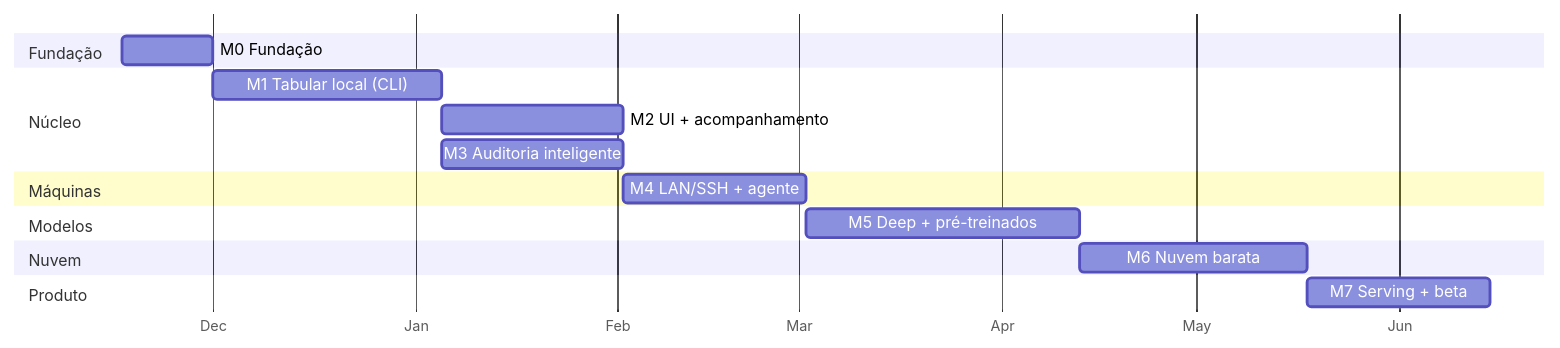
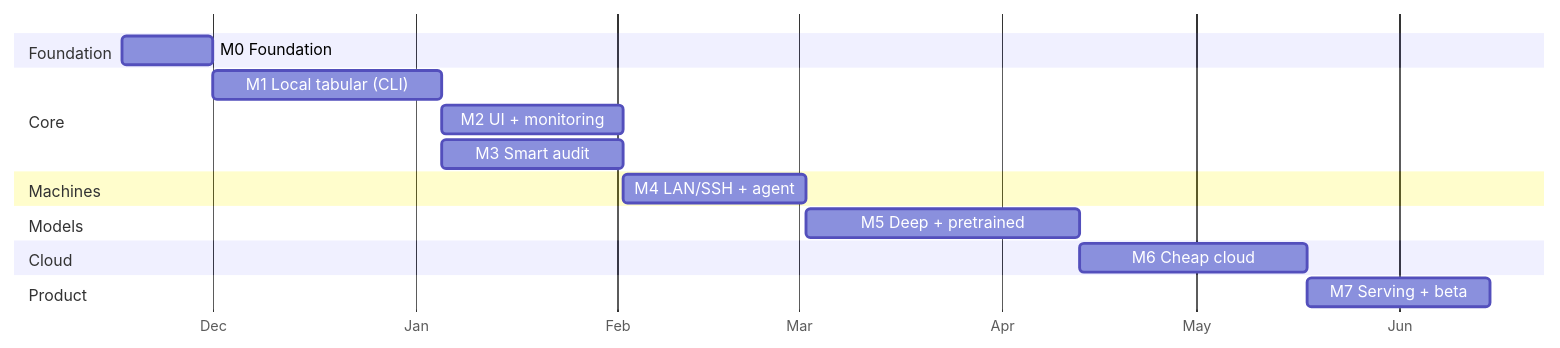
The diagram in docs/wiki/Roadmap.md (roanbrasil/tempera), drawn with Mermaid before and after one commit. The commit also changed other lines of this file and 42 other files, not shown here.

````diff
--- a/docs/wiki/Roadmap.md
+++ b/docs/wiki/Roadmap.md
@@ -5,19 +5,19 @@
 ```mermaid
 gantt
   dateFormat  YYYY-MM-DD
   axisFormat  %b
-  section Fundação
-  M0 Fundação                 :m0, 2026-11-17, 2w
-  section Núcleo
-  M1 Tabular local (CLI)      :m1, after m0, 5w
-  M2 UI + acompanhamento      :m2, after m1, 4w
-  M3 Auditoria inteligente    :m3, after m1, 4w
-  section Máquinas
-  M4 LAN/SSH + agente         :m4, after m2, 4w
-  section Modelos
-  M5 Deep + pré-treinados     :m5, after m4, 6w
-  section Nuvem
-  M6 Nuvem barata             :m6, after m5, 5w
-  section Produto
+  section Foundation
+  M0 Foundation               :m0, 2026-11-17, 2w
+  section Core
+  M1 Local tabular (CLI)      :m1, after m0, 5w
+  M2 UI + monitoring          :m2, after m1, 4w
+  M3 Smart audit              :m3, after m1, 4w
+  section Machines
+  M4 LAN/SSH + agent          :m4, after m2, 4w
+  section Models
+  M5 Deep + pretrained        :m5, after m4, 6w
+  section Cloud
+  M6 Cheap cloud              :m6, after m5, 5w
+  section Product
   M7 Serving + beta           :m7, after m6, 4w
 ```
````
